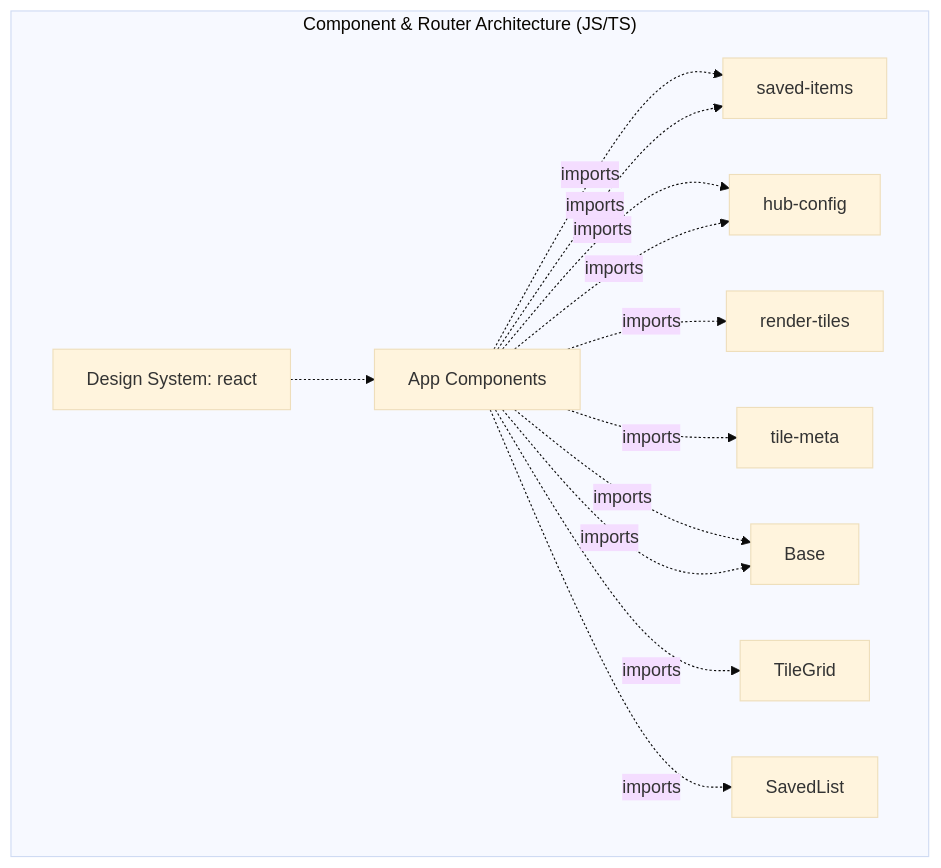
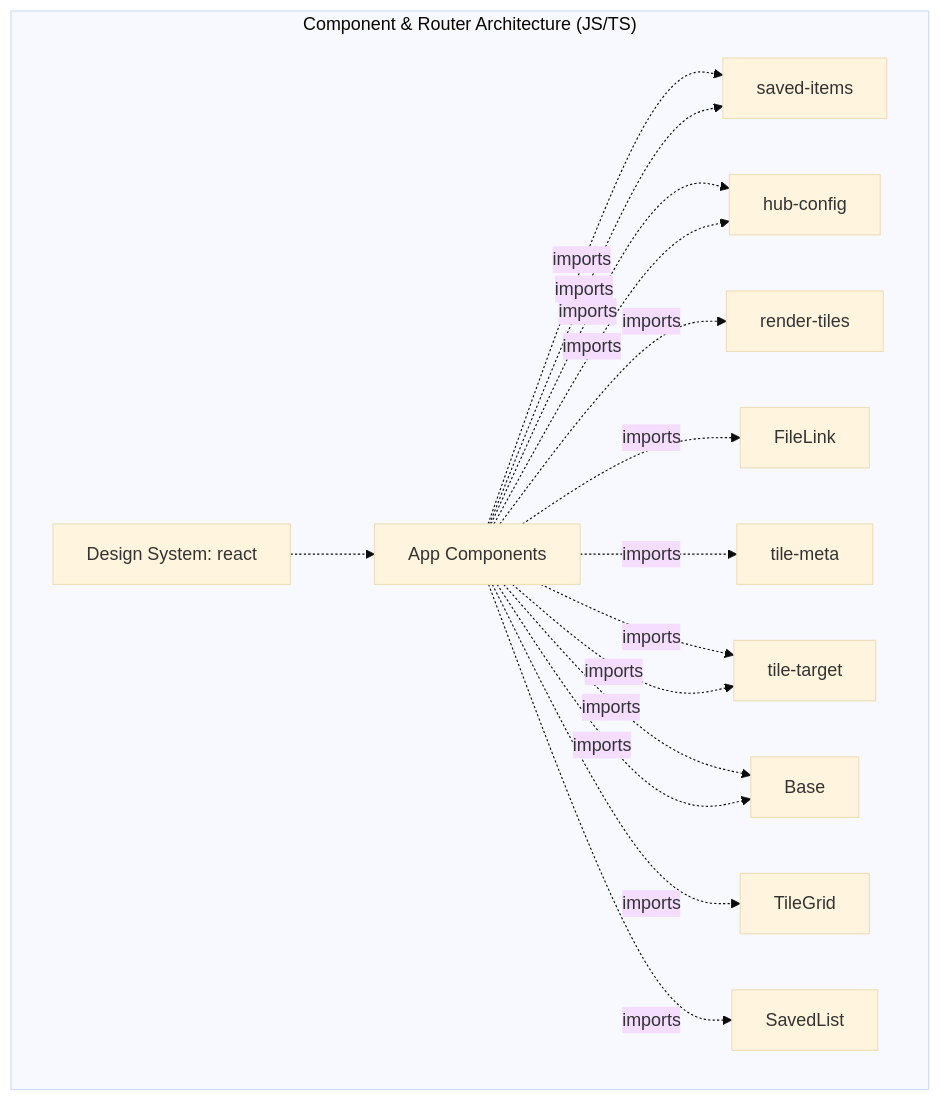
The diagram in .project-architecture.md (gokulsaraswat/gokulmobilize), drawn with Mermaid (base theme) before and after one commit. The commit also changed other lines of this file and 106 other files, not shown here.

````diff
--- a/.project-architecture.md
+++ b/.project-architecture.md
@@ -5,17 +5,20 @@
 ```mermaid
 graph TD
     subgraph FrontendLayer["Component & Router Architecture (JS/TS)"]
     App_Components["App Components"]
     UI_Stack["Design System: react"] -.-> App_Components
     App_Components -.->|imports| saved_items["saved-items"]
     App_Components -.->|imports| hub_config["hub-config"]
     App_Components -.->|imports| render_tiles["render-tiles"]
+    App_Components -.->|imports| FileLink["FileLink"]
     App_Components -.->|imports| tile_meta["tile-meta"]
+    App_Components -.->|imports| tile_target["tile-target"]
+    App_Components -.->|imports| tile_target["tile-target"]
     App_Components -.->|imports| hub_config["hub-config"]
     App_Components -.->|imports| saved_items["saved-items"]
     App_Components -.->|imports| Base["Base"]
     App_Components -.->|imports| TileGrid["TileGrid"]
     App_Components -.->|imports| SavedList["SavedList"]
     App_Components -.->|imports| Base["Base"]
     end
 ```
````
